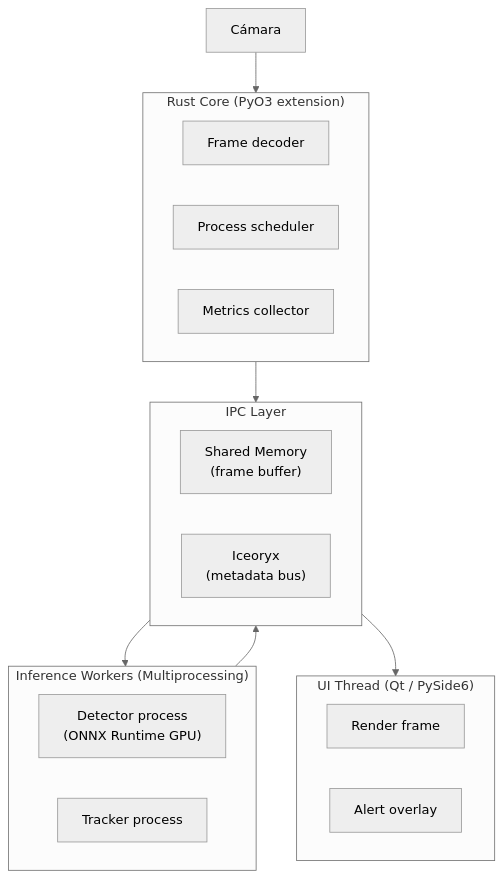
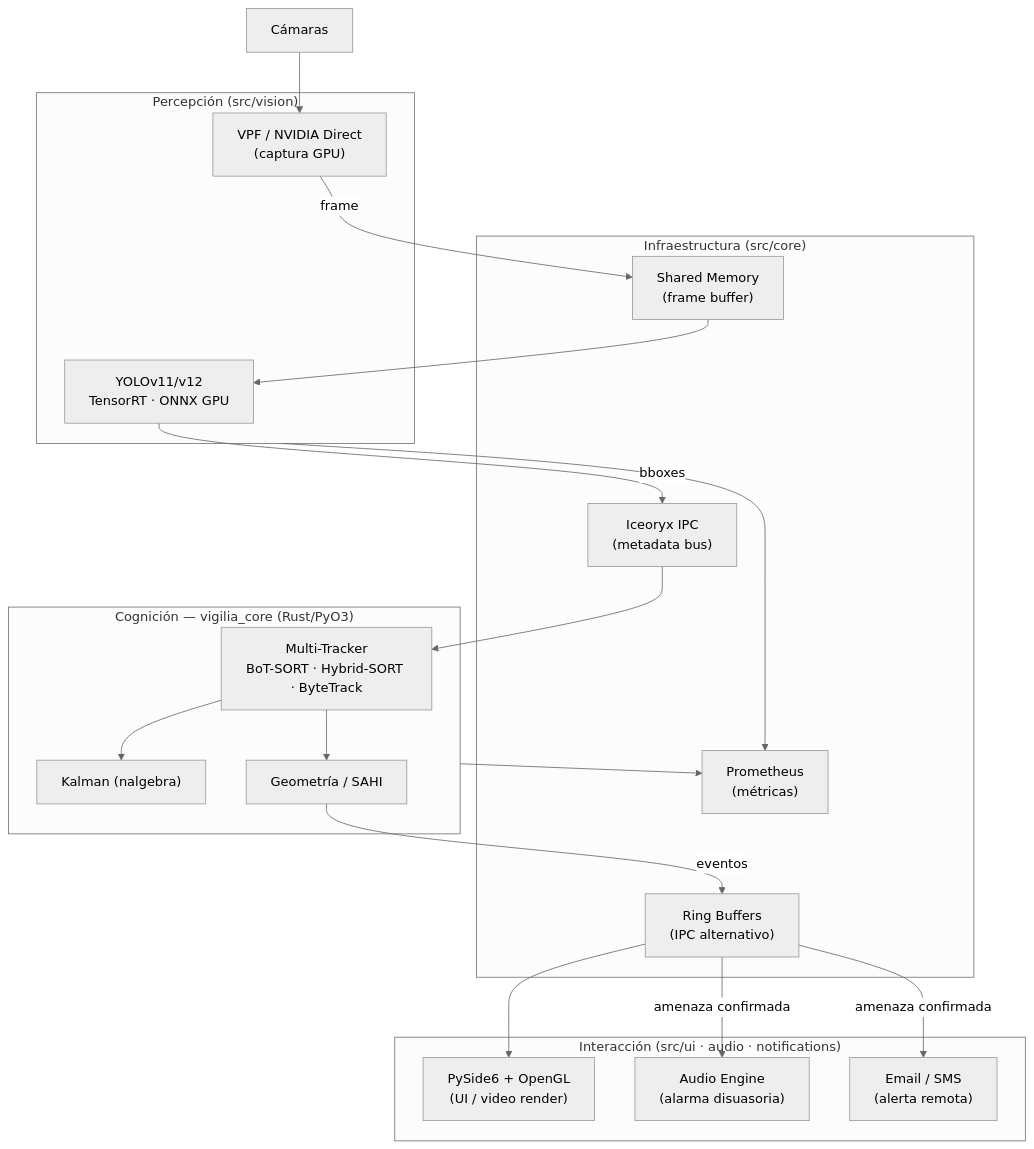
The diagram in README.md (Bajmein/vigilia-edge-showcase), drawn with Mermaid (neutral theme) before and after one commit. The commit also changed other lines of this file and 1 other file, not shown here.

Commit message:
docs: expand architecture — four layers, TensorRT, Ring Buffers, active response

````diff
--- a/README.md
+++ b/README.md
@@ -17,29 +17,40 @@
 ```mermaid
 flowchart TB
-    subgraph UI_Thread["UI Thread (Qt / PySide6)"]
-        UI_RENDER["Render frame"]
-        UI_ALERTS["Alert overlay"]
+    subgraph Infra["Infraestructura (src/core)"]
+        SHM["Shared Memory\n(frame buffer)"]
+        ICE["Iceoryx IPC\n(metadata bus)"]
+        RING["Ring Buffers\n(IPC alternativo)"]
+        PROM["Prometheus\n(métricas)"]
     end
 
-    subgraph IPC_Layer["IPC Layer"]
-        SHM["Shared Memory\n(frame buffer)"]
-        ICE["Iceoryx\n(metadata bus)"]
+    subgraph Vision["Percepción (src/vision)"]
+        CAP["VPF / NVIDIA Direct\n(captura GPU)"]
+        INF["YOLOv11/v12\nTensorRT · ONNX GPU"]
     end
 
-    subgraph Inference_Workers["Inference Workers (Multiprocessing)"]
-        DET["Detector process\n(ONNX Runtime GPU)"]
-        TRACK["Tracker process"]
+    subgraph Core["Cognición — vigilia_core (Rust/PyO3)"]
+        TRACK["Multi-Tracker\nBoT-SORT · Hybrid-SORT · ByteTrack"]
+        KAL["Kalman (nalgebra)"]
+        GEO["Geometría / SAHI"]
     end
 
-    subgraph Rust_Core["Rust Core (PyO3 extension)"]
-        CODEC["Frame decoder"]
-        SCHED["Process scheduler"]
-        METRICS["Metrics collector"]
+    subgraph UI["Interacción (src/ui · audio · notifications)"]
+        QT["PySide6 + OpenGL\n(UI / video render)"]
+        AUD["Audio Engine\n(alarma disuasoria)"]
+        NOTIF["Email / SMS\n(alerta remota)"]
     end
 
-    CAM["Cámara"] --> Rust_Core
-    Rust_Core --> IPC_Layer
-    IPC_Layer --> Inference_Workers
-    Inference_Workers --> IPC_Layer
-    IPC_Layer --> UI_Thread
+    CAM["Cámaras"] --> CAP
+    CAP -->|frame| SHM
+    SHM --> INF
+    INF -->|bboxes| ICE
+    ICE --> TRACK
+    TRACK --> KAL
+    TRACK --> GEO
+    GEO -->|eventos| RING
+    RING --> QT
+    RING -->|"amenaza confirmada"| AUD
+    RING -->|"amenaza confirmada"| NOTIF
+    Vision --> PROM
+    Core --> PROM
 ```
````
